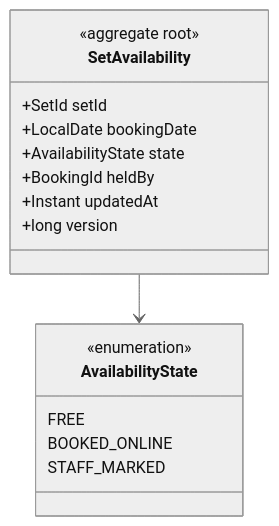
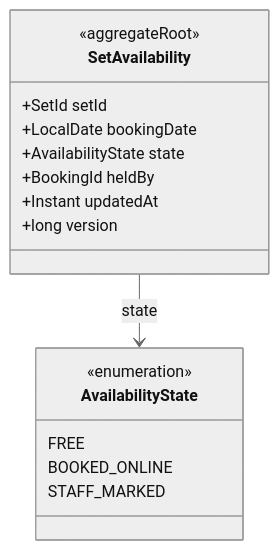
Before and after one commit to ivopogace/riviera-sunbed-booking: the fourth of 12 diagrams in docs/architecture/domain-model.md, drawn with Mermaid (neutral theme). The commit also changed other lines of this file, not shown here.

First line of the commit message:
Fix class-diagram Mermaid syntax so aggregates render

````diff
--- a/docs/architecture/domain-model.md
+++ b/docs/architecture/domain-model.md
@@ -181,19 +181,19 @@
 ```mermaid
 classDiagram
     class SetAvailability {
-        <<aggregate root>>
+        <<aggregateRoot>>
         +SetId setId
         +LocalDate bookingDate
         +AvailabilityState state
         +BookingId heldBy
         +Instant updatedAt
         +long version
     }
     class AvailabilityState {
         <<enumeration>>
         FREE
         BOOKED_ONLINE
         STAFF_MARKED
     }
-    SetAvailability --> AvailabilityState
+    SetAvailability --> AvailabilityState : state
 ```
````
